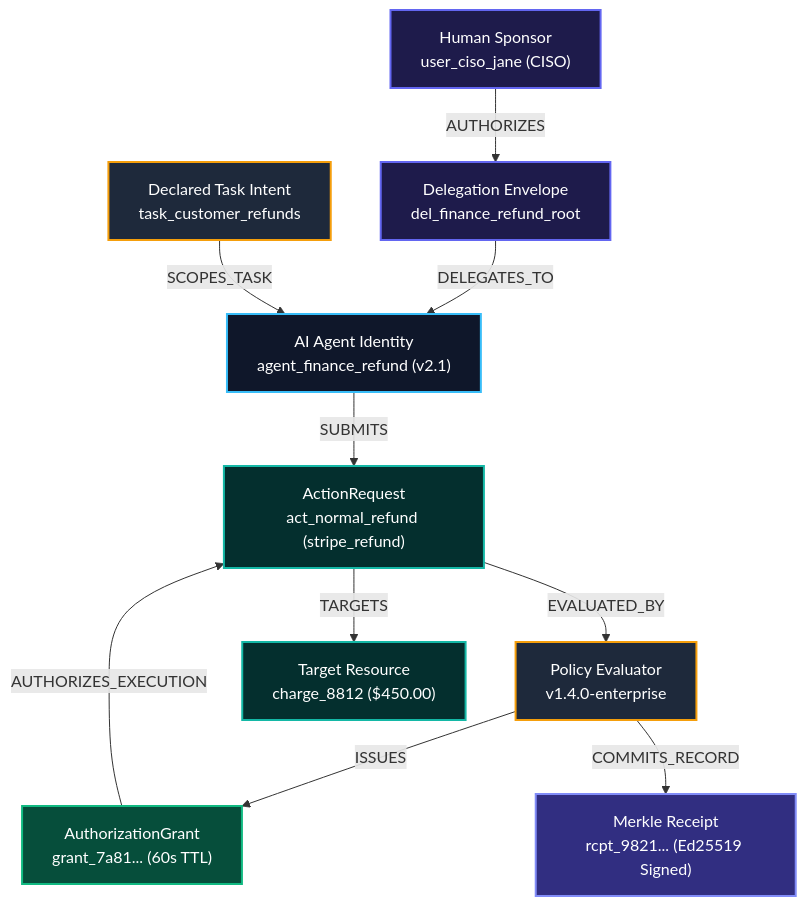
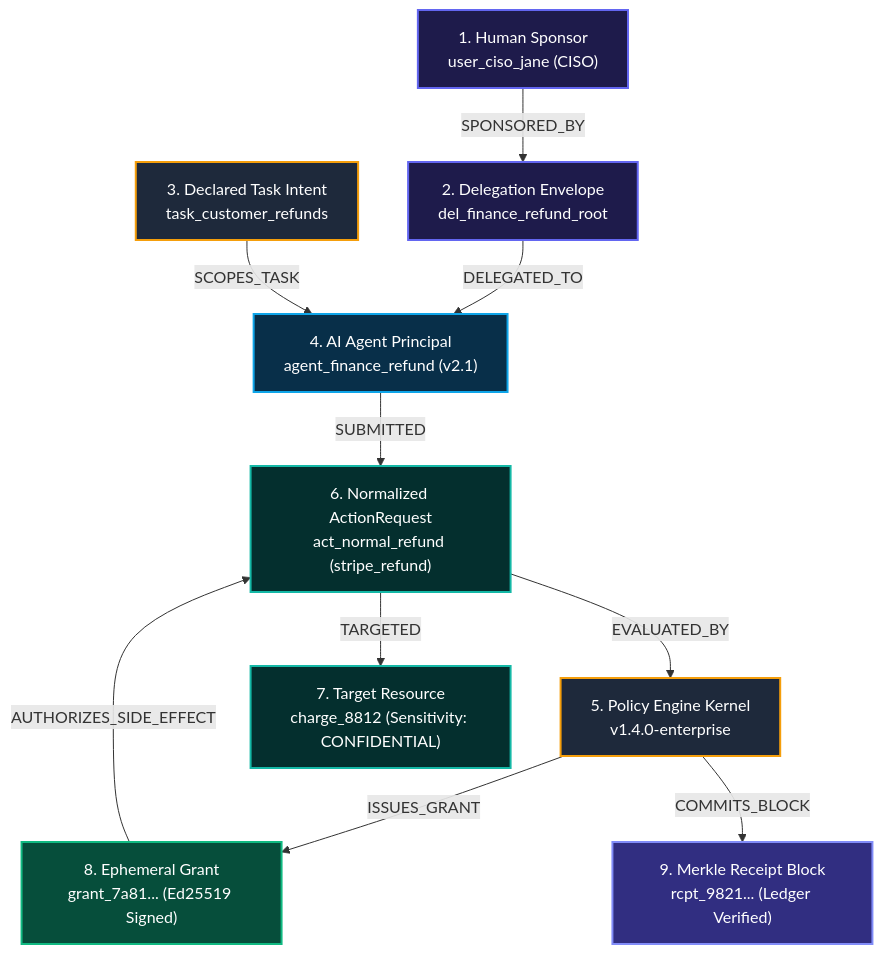
The sixth of 6 diagrams in README.md (SwaRaaaj/CHRONICLE), drawn with Mermaid before and after one commit. The commit also changed other lines of this file, not shown here.

Commit message:
docs: master architecture specification and god diagrams by Swaraj

````diff
--- a/README.md
+++ b/README.md
@@ -331,29 +571,29 @@
 ```mermaid
 graph TD
-    classDef sponsor fill:#1e1b4b,stroke:#6366f1,stroke-width:2px,color:#fff;
-    classDef agent fill:#0f172a,stroke:#38bdf8,stroke-width:2px,color:#fff;
+    classDef human fill:#1e1b4b,stroke:#6366f1,stroke-width:2px,color:#fff;
+    classDef agent fill:#082f49,stroke:#0ea5e9,stroke-width:2px,color:#fff;
     classDef policy fill:#1e293b,stroke:#f59e0b,stroke-width:2px,color:#fff;
     classDef action fill:#042f2e,stroke:#14b8a6,stroke-width:2px,color:#fff;
     classDef grant fill:#064e3b,stroke:#10b981,stroke-width:2px,color:#fff;
     classDef receipt fill:#312e81,stroke:#818cf8,stroke-width:2px,color:#fff;
 
-    SPON["Human Sponsor<br/>user_ciso_jane (CISO)"]:::sponsor
-    DEL["Delegation Envelope<br/>del_finance_refund_root"]:::sponsor
-    TASK["Declared Task Intent<br/>task_customer_refunds"]:::policy
-    AGENT["AI Agent Identity<br/>agent_finance_refund (v2.1)"]:::agent
-    POL["Policy Evaluator<br/>v1.4.0-enterprise"]:::policy
-    ACT["ActionRequest<br/>act_normal_refund (stripe_refund)"]:::action
-    RES["Target Resource<br/>charge_8812 ($450.00)"]:::action
-    GRNT["AuthorizationGrant<br/>grant_7a81... (60s TTL)"]:::grant
-    RCPT["Merkle Receipt<br/>rcpt_9821... (Ed25519 Signed)"]:::receipt
+    SPON["1. Human Sponsor<br/>user_ciso_jane (CISO)"]:::human
+    DEL["2. Delegation Envelope<br/>del_finance_refund_root"]:::human
+    TASK["3. Declared Task Intent<br/>task_customer_refunds"]:::policy
+    AGENT["4. AI Agent Principal<br/>agent_finance_refund (v2.1)"]:::agent
+    POL["5. Policy Engine Kernel<br/>v1.4.0-enterprise"]:::policy
+    ACT["6. Normalized ActionRequest<br/>act_normal_refund (stripe_refund)"]:::action
+    RES["7. Target Resource<br/>charge_8812 (Sensitivity: CONFIDENTIAL)"]:::action
+    GRNT["8. Ephemeral Grant<br/>grant_7a81... (Ed25519 Signed)"]:::grant
+    RCPT["9. Merkle Receipt Block<br/>rcpt_9821... (Ledger Verified)"]:::receipt
 
-    SPON -->|AUTHORIZES| DEL
-    DEL -->|DELEGATES_TO| AGENT
+    SPON -->|SPONSORED_BY| DEL
+    DEL -->|DELEGATED_TO| AGENT
     TASK -->|SCOPES_TASK| AGENT
-    AGENT -->|SUBMITS| ACT
-    ACT -->|TARGETS| RES
+    AGENT -->|SUBMITTED| ACT
+    ACT -->|TARGETED| RES
     ACT -->|EVALUATED_BY| POL
-    POL -->|ISSUES| GRNT
-    GRNT -->|AUTHORIZES_EXECUTION| ACT
-    POL -->|COMMITS_RECORD| RCPT
+    POL -->|ISSUES_GRANT| GRNT
+    GRNT -->|AUTHORIZES_SIDE_EFFECT| ACT
+    POL -->|COMMITS_BLOCK| RCPT
 ```
````
